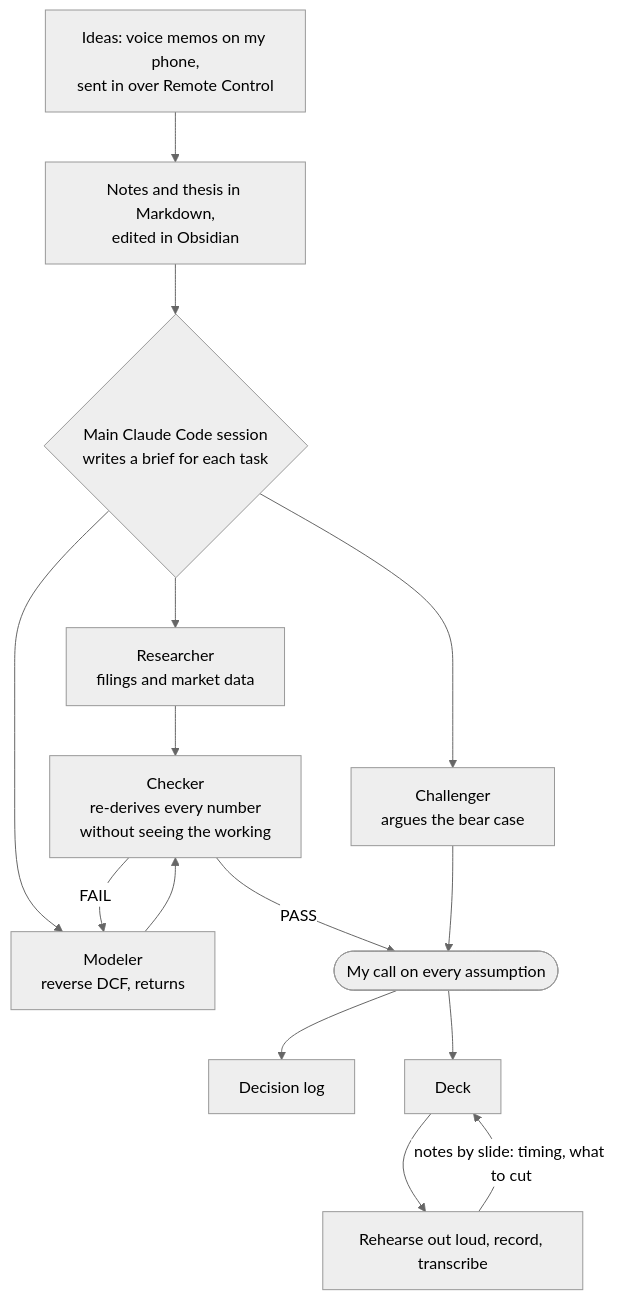
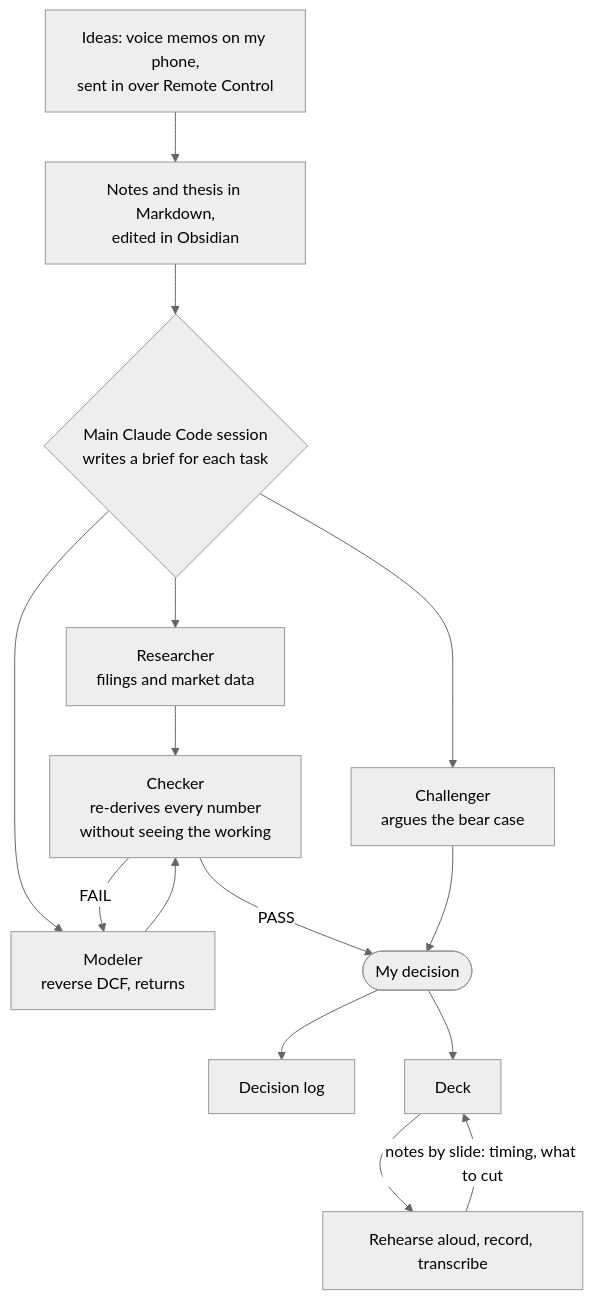
The diagram in ai_workflow/README.md (mileskv2/spgi-investment-pitch-cnid), drawn with Mermaid (neutral theme) before and after one commit.

Commit message:
Refine terminology in README for better clarity
Updated wording for clarity in the README.

````diff
--- a/ai_workflow/README.md
+++ b/ai_workflow/README.md
@@ -16,17 +16,17 @@
 ```mermaid
 flowchart TD
     A["Ideas: voice memos on my phone,<br/>sent in over Remote Control"] --> B["Notes and thesis in Markdown,<br/>edited in Obsidian"]
     B --> C{"Main Claude Code session<br/>writes a brief for each task"}
     C --> R["Researcher<br/>filings and market data"]
     C --> M["Modeler<br/>reverse DCF, returns"]
     C --> H["Challenger<br/>argues the bear case"]
     R --> K["Checker<br/>re-derives every number<br/>without seeing the working"]
     M --> K
     K -- "FAIL" --> M
-    K -- "PASS" --> G(["My call on every assumption"])
+    K -- "PASS" --> G(["My decision"])
     H --> G
     G --> L["Decision log"]
     G --> P["Deck"]
-    P --> S["Rehearse out loud, record, transcribe"]
+    P --> S["Rehearse aloud, record, transcribe"]
     S -- "notes by slide: timing, what to cut" --> P
 ```
````
